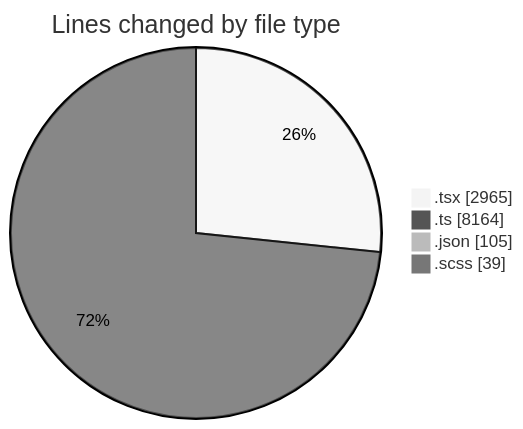
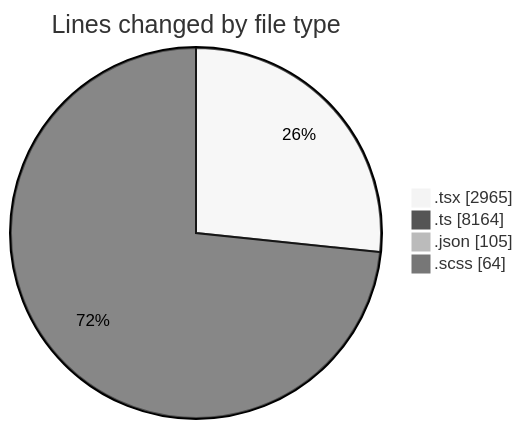
The first of 2 diagrams in 2025-07-09/cda/README.md (momahboobian/code-tracking), drawn with Mermaid (neutral theme) before and after one commit. The commit also changed other lines of this file and 1 other file, not shown here.

````diff
--- a/2025-07-09/cda/README.md
+++ b/2025-07-09/cda/README.md
@@ -33,8 +34,8 @@
 ```mermaid
 pie showData
 title Lines changed by file type
 ".tsx" : 2965
 ".ts" : 8164
 ".json" : 105
-".scss" : 39
+".scss" : 64
 ```
````
